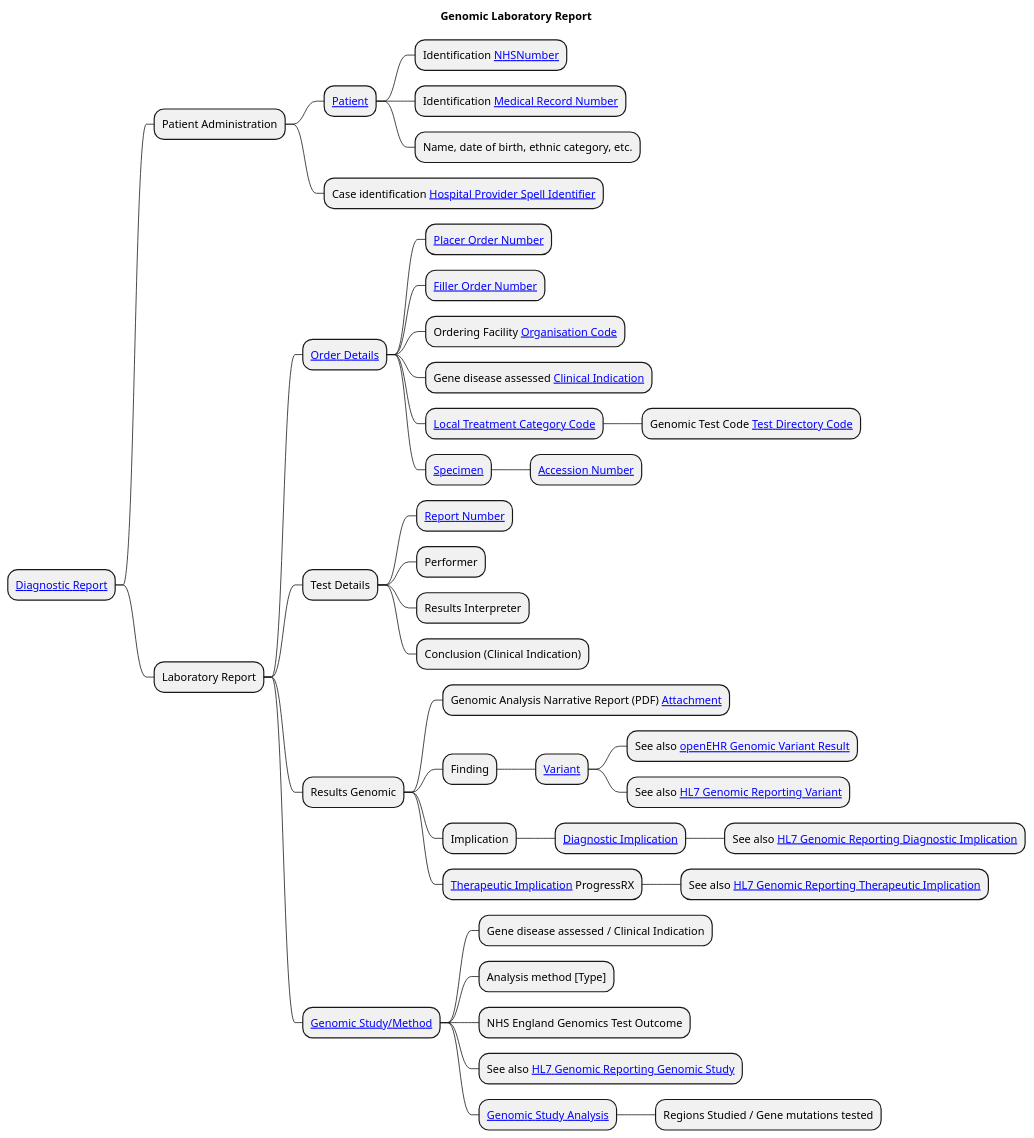
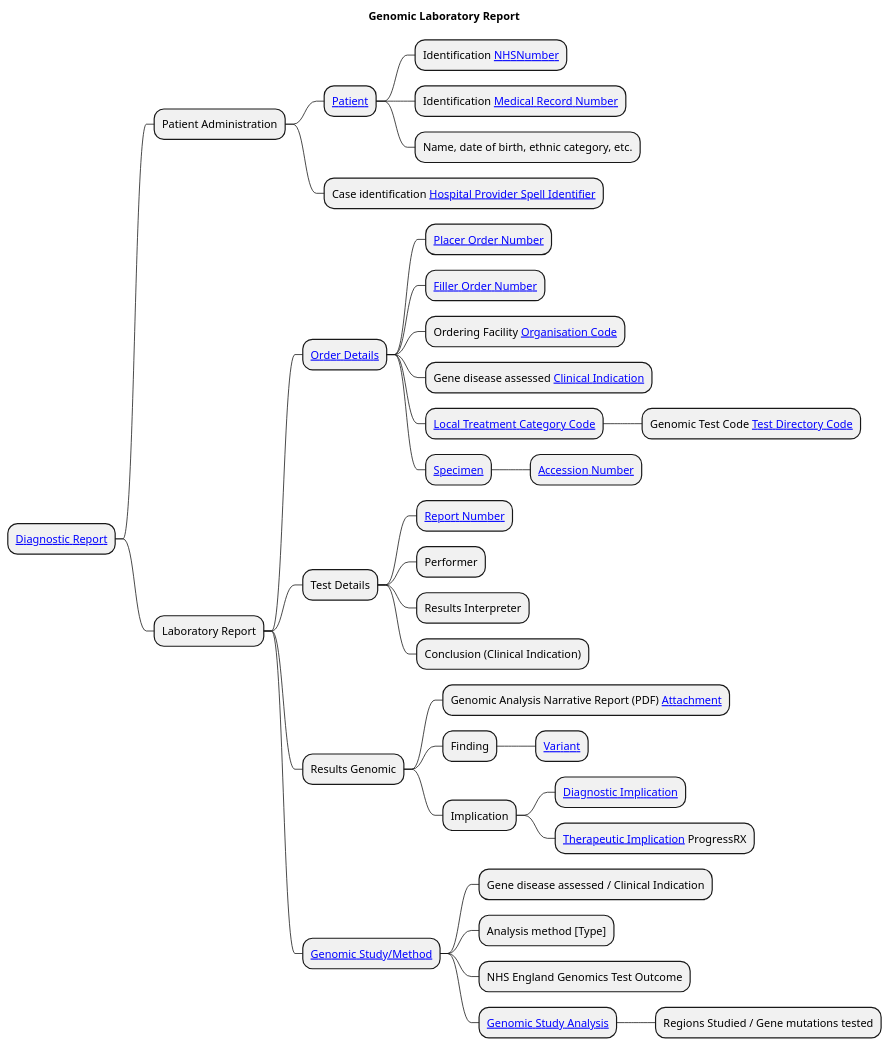
One commit to uk-gov-mirror/nw-gmsa.nw-gmsa.github.com changed the diagram in input/images-source/LaboratoryReport-mindmap.plantuml. Above: the diagram before and after it, drawn with PlantUML. The commit also changed 1 other file, not shown here.

Commit message:
Diagnostic Implication

```diff
--- a/input/images-source/LaboratoryReport-mindmap.plantuml
+++ b/input/images-source/LaboratoryReport-mindmap.plantuml
@@ -1,46 +1,41 @@
 @startmindmap
 
 title "Genomic Laboratory Report"
 
-* [[StructureDefinition-DiagnosticReport.html Diagnostic Report]]
+* [[#diagnostic-report Diagnostic Report]]
 ** Patient Administration
 *** [[StructureDefinition-Patient.html Patient]]
 **** Identification [[StructureDefinition-NHSNumber.html NHSNumber]]
 **** Identification [[StructureDefinition-MedicalRecordNumber.html Medical Record Number]]
 **** Name, date of birth, ethnic category, etc.
 *** Case identification [[StructureDefinition-HospitalProviderSpellIdentifier.html Hospital Provider Spell Identifier]]
 ** Laboratory Report
 *** [[Questionnaire-GenomicTestOrder.html Order Details]]
 **** [[StructureDefinition-PlacerOrderNumber.html Placer Order Number]]
 **** [[StructureDefinition-FillerOrderNumber.html Filler Order Number]]
 **** Ordering Facility [[StructureDefinition-OrganisationCode.html Organisation Code]]
 **** Gene disease assessed [[CodeSystem-GenomicClinicalIndication.html Clinical Indication]]
 **** [[https://www.datadictionary.nhs.uk/data_elements/local_treatment_category_code.html Local Treatment Category Code]]
 ***** Genomic Test Code [[CodeSystem-GenomicTestCode.html Test Directory Code]]
 **** [[StructureDefinition-Specimen.html Specimen]]
 ***** [[StructureDefinition-AccessionNumber.html Accession Number]]
 *** Test Details
 **** [[StructureDefinition-ReportNumber.html Report Number]]
 **** Performer
 **** Results Interpreter
 **** Conclusion (Clinical Indication)
 *** Results Genomic
 **** Genomic Analysis Narrative Report (PDF) [[StructureDefinition-NWAttachment.html Attachment]]
 **** Finding
 ***** [[StructureDefinition-Observation-Variant.html Variant]]
-****** See also [[https://ckm.openehr.org/ckm/archetypes/1013.1.3759/mindmap openEHR Genomic Variant Result]]
-****** See also [[https://build.fhir.org/ig/HL7/genomics-reporting/StructureDefinition-variant.html HL7 Genomic Reporting Variant]]
 **** Implication
 ***** [[StructureDefinition-Observation-DiagnosticImplication.html Diagnostic Implication]]
-****** See also [[https://build.fhir.org/ig/HL7/genomics-reporting/StructureDefinition-diagnostic-implication.html HL7 Genomic Reporting Diagnostic Implication]]
-**** [[StructureDefinition-Observation-TherapeuticImplication.html Therapeutic Implication]] ProgressRX
-***** See also [[https://build.fhir.org/ig/HL7/genomics-reporting/StructureDefinition-therapeutic-implication.html HL7 Genomic Reporting Therapeutic Implication]]
+***** [[StructureDefinition-Observation-TherapeuticImplication.html Therapeutic Implication]] ProgressRX
 *** [[StructureDefinition-Procedure-GenomicStudy.html Genomic Study/Method]]
 **** Gene disease assessed / Clinical Indication
 **** Analysis method [Type]
 **** NHS England Genomics Test Outcome
-**** See also [[https://build.fhir.org/ig/HL7/genomics-reporting/StructureDefinition-genomic-study.html HL7 Genomic Reporting Genomic Study]]
 **** [[https://build.fhir.org/ig/HL7/genomics-reporting/StructureDefinition-genomic-study-analysis.html Genomic Study Analysis]]
 ***** Regions Studied / Gene mutations tested
 
 @endmindmap
```
